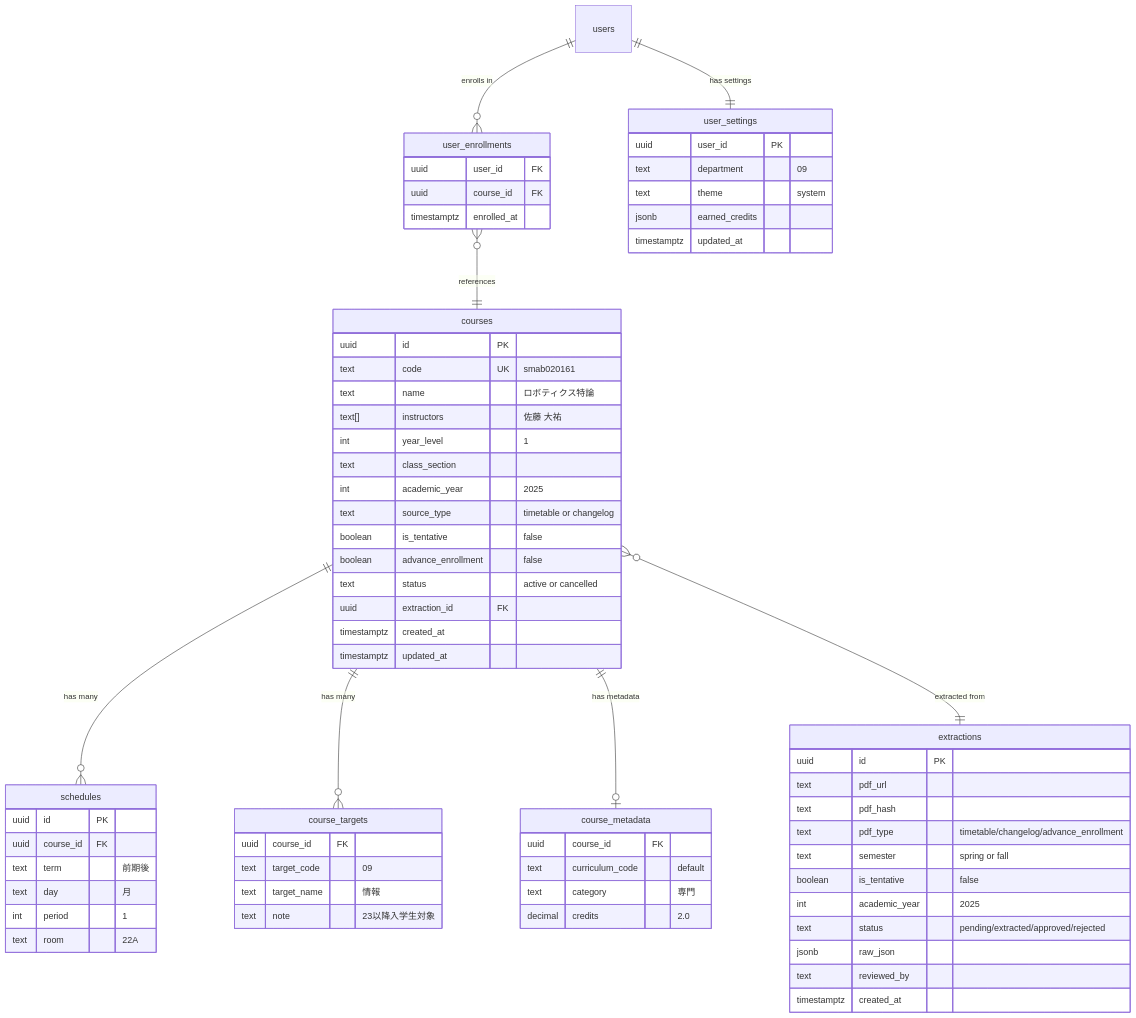
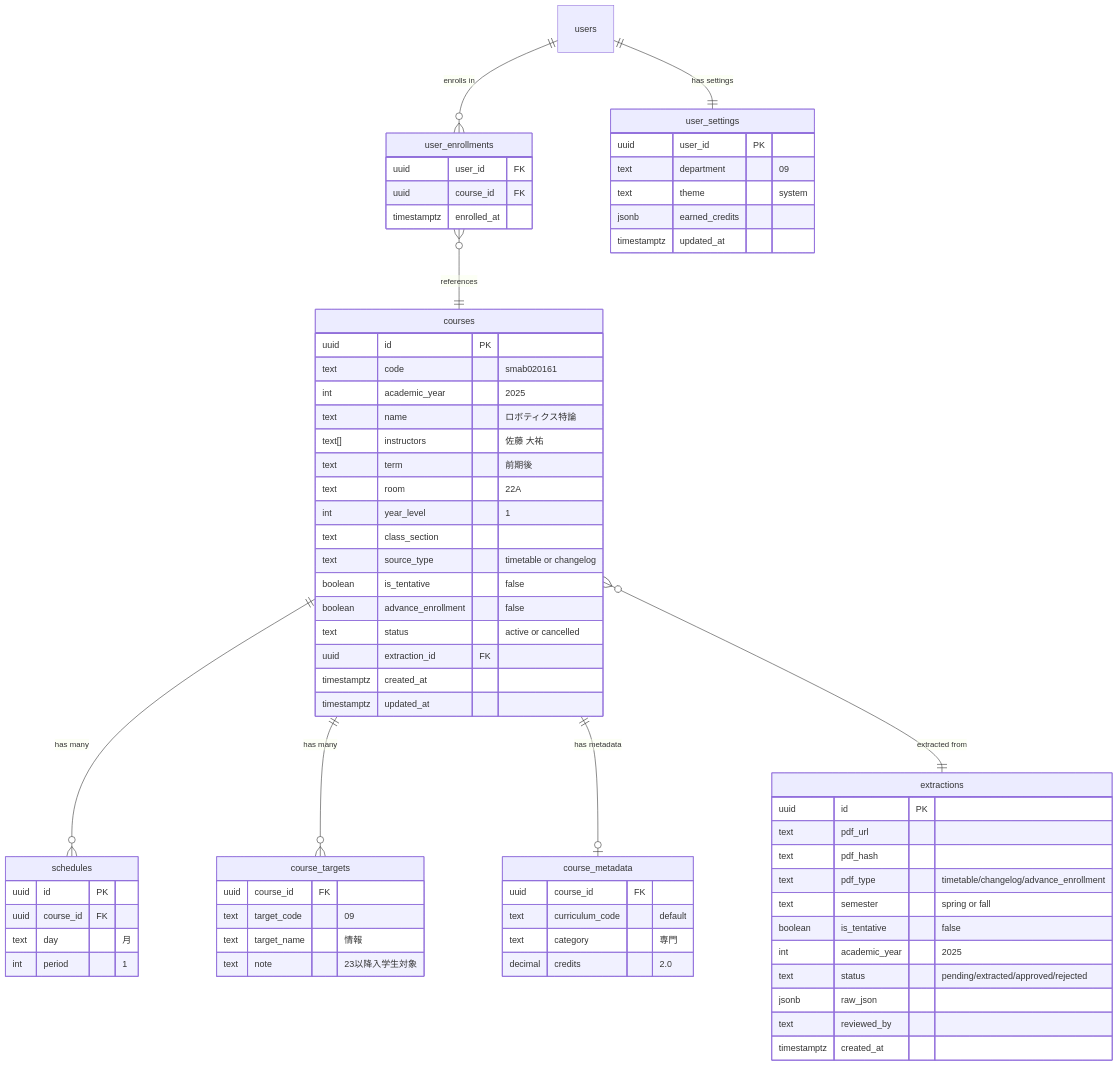
One commit to nahcaru/tcu-time changed the diagram in Docs/02_data_model.md. Above: the diagram before and after it, drawn with Mermaid. The commit also changed other lines of this file and 38 other files, not shown here.

````diff
--- a/Docs/02_data_model.md
+++ b/Docs/02_data_model.md
@@ -9,78 +9,78 @@
 ```mermaid
 erDiagram
     courses ||--o{ schedules : "has many"
     courses ||--o{ course_targets : "has many"
     courses ||--o| course_metadata : "has metadata"
     courses }o--|| extractions : "extracted from"
     users ||--o{ user_enrollments : "enrolls in"
     users ||--|| user_settings : "has settings"
     user_enrollments }o--|| courses : "references"
 
     courses {
         uuid id PK
-        text code UK "smab020161"
+        text code "smab020161"
+        int academic_year "2025"
         text name "ロボティクス特論"
         text[] instructors "佐藤 大祐"
+        text term "前期後"
+        text room "22A"
         int year_level "1"
         text class_section ""
-        int academic_year "2025"
         text source_type "timetable or changelog"
         boolean is_tentative "false"
         boolean advance_enrollment "false"
         text status "active or cancelled"
         uuid extraction_id FK
         timestamptz created_at
         timestamptz updated_at
     }
 
     schedules {
         uuid id PK
         uuid course_id FK
-        text term "前期後"
         text day "月"
         int period "1"
-        text room "22A"
     }
 
     course_targets {
         uuid course_id FK
         text target_code "09"
         text target_name "情報"
         text note "23以降入学生対象"
     }
 
     course_metadata {
         uuid course_id FK
         text curriculum_code "default"
         text category "専門"
         decimal credits "2.0"
     }
 
     extractions {
         uuid id PK
         text pdf_url
         text pdf_hash
         text pdf_type "timetable/changelog/advance_enrollment"
         text semester "spring or fall"
         boolean is_tentative "false"
         int academic_year "2025"
         text status "pending/extracted/approved/rejected"
         jsonb raw_json
         text reviewed_by
         timestamptz created_at
     }
 
     user_enrollments {
         uuid user_id FK
         uuid course_id FK
         timestamptz enrolled_at
     }
 
     user_settings {
         uuid user_id PK
         text department "09"
         text theme "system"
         jsonb earned_credits
         timestamptz updated_at
     }
 ```
````
